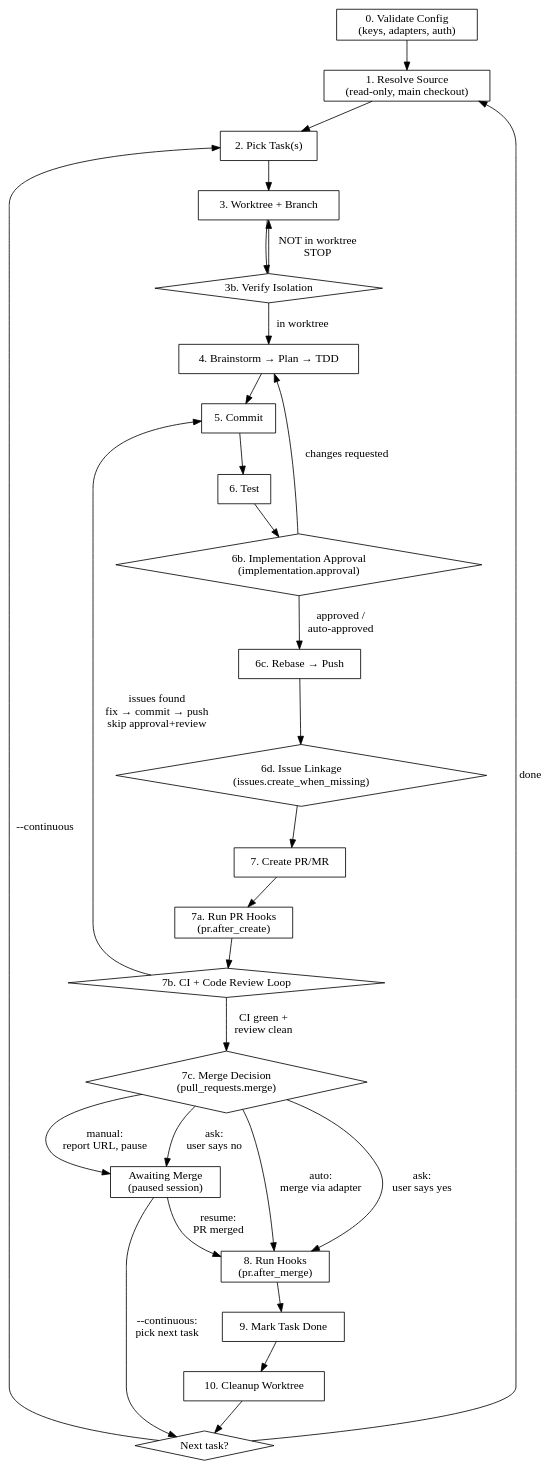
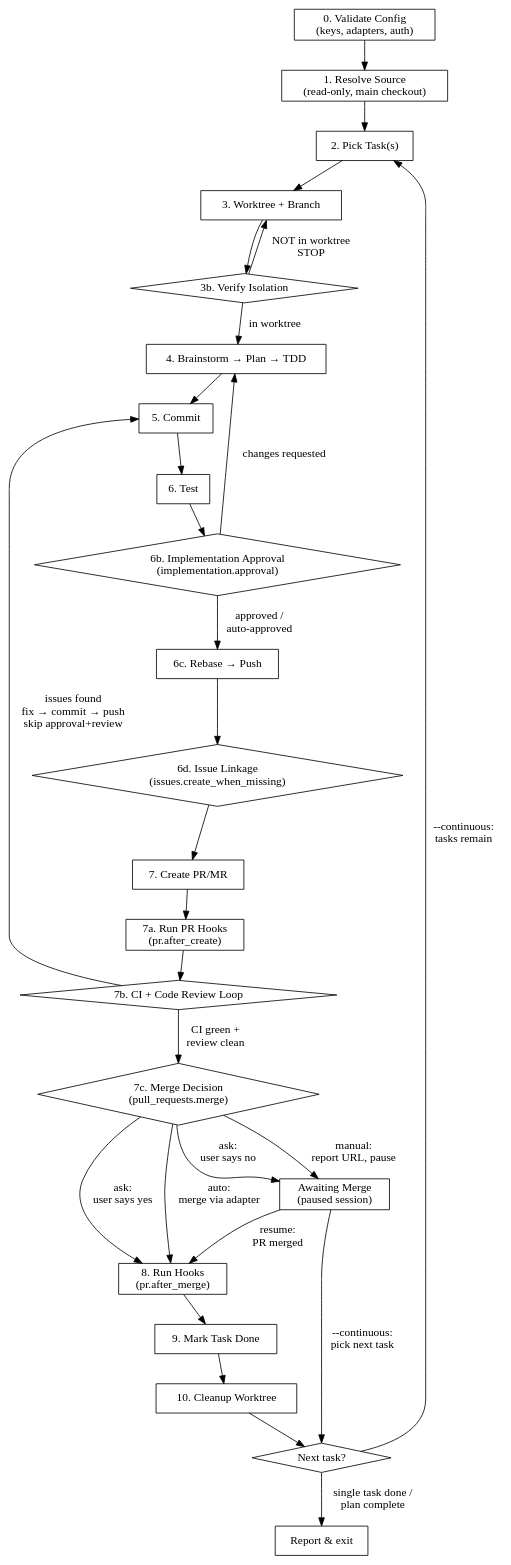
One commit to rodrigomanhaes/flowyeah changed the diagram in plugins/flowyeah/skills/build/SKILL.md. Above: the diagram before and after it, drawn with Graphviz. The commit also changed other lines of this file and 4 other files, not shown here.

````diff
--- a/plugins/flowyeah/skills/build/SKILL.md
+++ b/plugins/flowyeah/skills/build/SKILL.md
@@ -81,46 +81,47 @@
 ```dot
 digraph pipeline {
     rankdir=TB;
     node [shape=box];
 
     validate [label="0. Validate Config\n(keys, adapters, auth)"];
     resolve [label="1. Resolve Source\n(read-only, main checkout)"];
     pick [label="2. Pick Task(s)"];
     worktree [label="3. Worktree + Branch"];
     verify_wt [label="3b. Verify Isolation" shape=diamond];
     implement [label="4. Brainstorm → Plan → TDD"];
     commit [label="5. Commit"];
     test [label="6. Test"];
     approval [label="6b. Implementation Approval\n(implementation.approval)" shape=diamond];
     deliver [label="6c. Rebase → Push"];
     issue_link [label="6d. Issue Linkage\n(issues.create_when_missing)" shape=diamond];
     pr [label="7. Create PR/MR"];
     pr_hooks [label="7a. Run PR Hooks\n(pr.after_create)"];
     ci_loop [label="7b. CI + Code Review Loop" shape=diamond];
     merge_decision [label="7c. Merge Decision\n(pull_requests.merge)" shape=diamond];
     hooks [label="8. Run Hooks\n(pr.after_merge)"];
     mark [label="9. Mark Task Done"];
     cleanup [label="10. Cleanup Worktree"];
     awaiting [label="Awaiting Merge\n(paused session)"];
     next [label="Next task?" shape=diamond];
 
     validate -> resolve -> pick -> worktree -> verify_wt;
     verify_wt -> implement [label="in worktree"];
     verify_wt -> worktree [label="NOT in worktree\nSTOP"];
     implement -> commit -> test -> approval;
     approval -> deliver [label="approved /\nauto-approved"];
     approval -> implement [label="changes requested"];
     deliver -> issue_link -> pr -> pr_hooks -> ci_loop;
     ci_loop -> commit [label="issues found\nfix → commit → push\nskip approval+review"];
     ci_loop -> merge_decision [label="CI green +\nreview clean"];
     merge_decision -> hooks [label="auto:\nmerge via adapter"];
     merge_decision -> awaiting [label="manual:\nreport URL, pause"];
     merge_decision -> hooks [label="ask:\nuser says yes"];
     merge_decision -> awaiting [label="ask:\nuser says no"];
     awaiting -> hooks [label="resume:\nPR merged"];
     awaiting -> next [label="--continuous:\npick next task"];
     hooks -> mark -> cleanup -> next;
-    next -> pick [label="--continuous"];
-    next -> resolve [label="done"];
+    next -> pick [label="--continuous:\ntasks remain"];
+    next -> finish [label="single task done /\nplan complete"];
+    finish [label="Report & exit"];
 }
 ```
````
